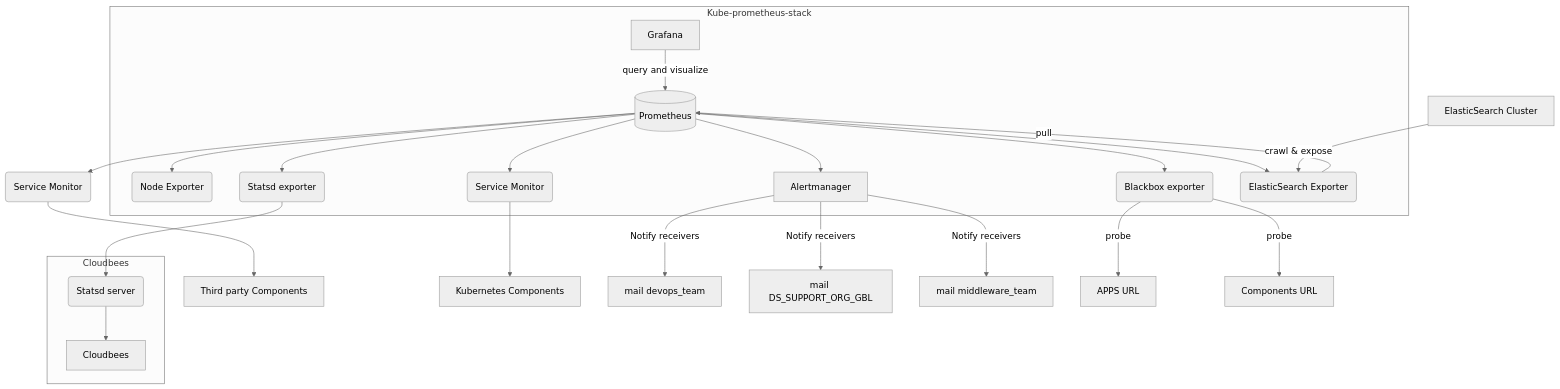
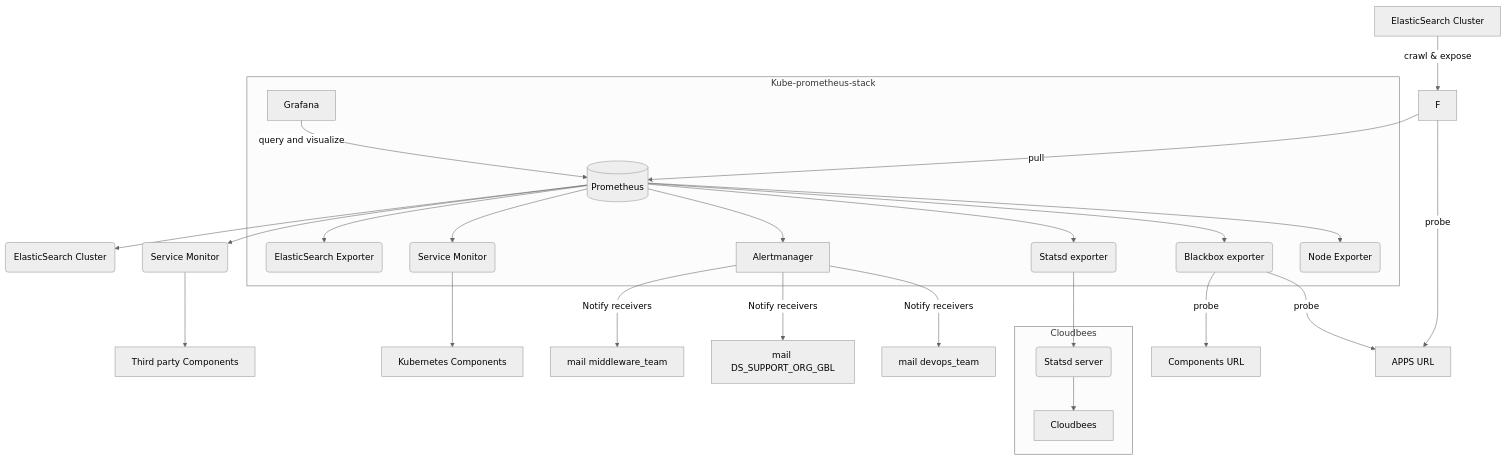
One commit to SavaiRavikiran/Monitoring_With_Prometheus-Grafana changed the first of 14 diagrams in Markdown1.md. Above: the diagram before and after it, drawn with Mermaid (neutral theme).

Commit message:
Update Markdowndwfek 1.md

````diff
--- a/Markdown1.md
+++ b/Markdown1.md
@@ -1,29 +1,31 @@
 ```mermaid
 graph TD
   subgraph "Kube-prometheus-stack"
     A[Grafana]-->|query and visualize| B[(Prometheus)]
     B --> C(Node Exporter)
     B --> D(Blackbox exporter)
     B --> E(Statsd exporter)
     B --> G[Alertmanager]
     B --> SM1(Service Monitor)
-    B --> F(ElasticSearch Exporter)
+    B --> EE1(ElasticSearch Exporter)
   end
   
   E1[ElasticSearch Cluster]-->|crawl & expose| F
   F -->|pull| B
   B --> SM2(Service Monitor)
+  B --> EE2(ElasticSearch Cluster)
   SM2 --> O[Third party Components]
   SM1 --> P[Kubernetes Components]
   
   G -->|Notify receivers| H[mail devops_team]
   G -->|Notify receivers| I[mail DS_SUPPORT_ORG_GBL]
   G -->|Notify receivers| J[mail middleware_team]
   D -->|probe| L[APPS URL]
   D -->|probe| M[Components URL]
+  F -->|probe| L[APPS URL]
 
   subgraph "Cloudbees"
     E --> N(Statsd server)
     N --> K[Cloudbees]
   end
 ```
````
